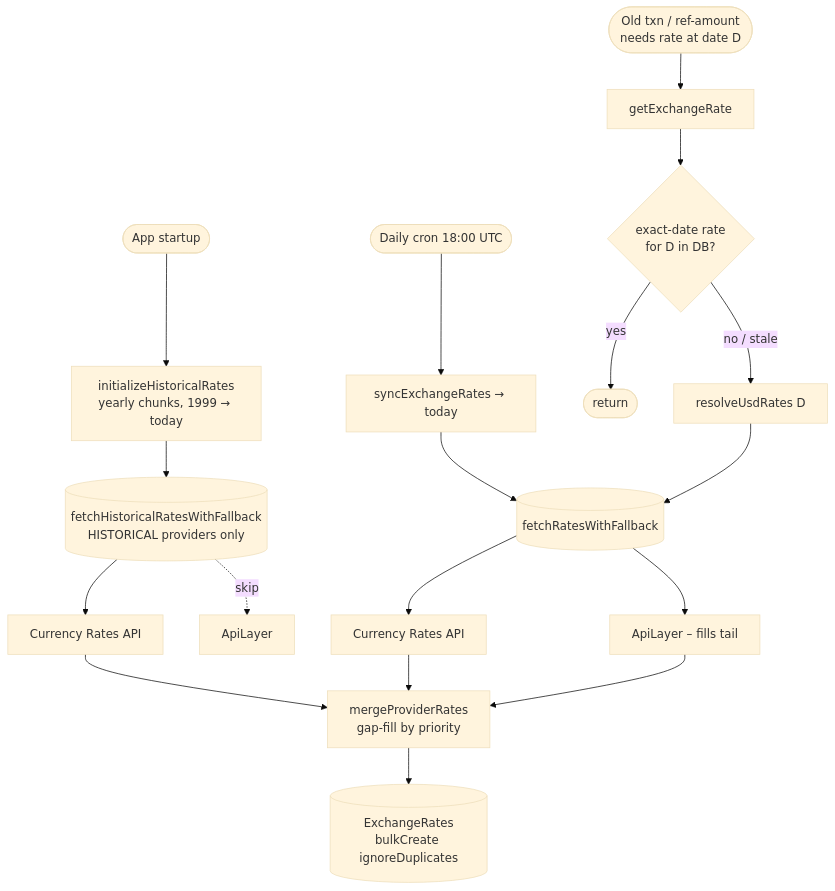
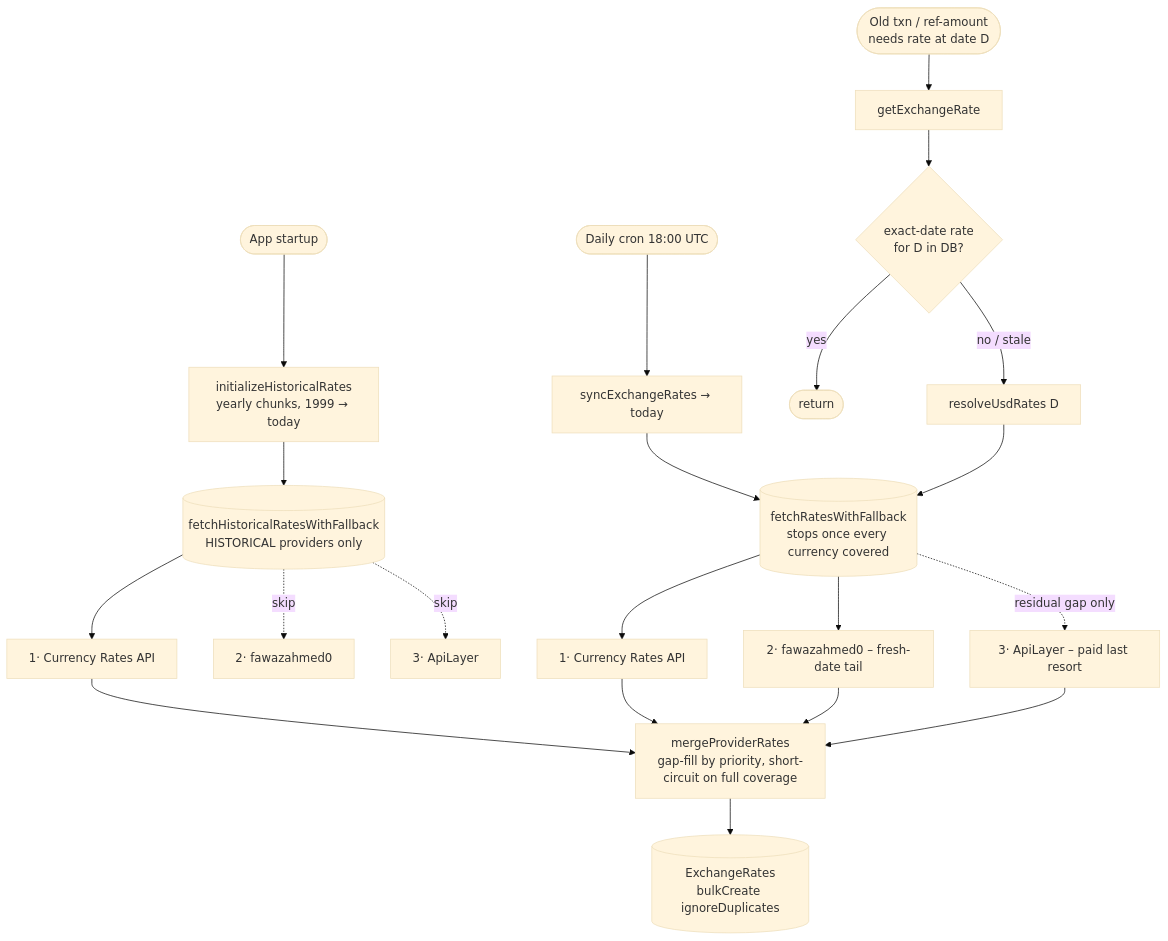
The diagram in packages/backend/docs/exchange-rates.md (letehaha/budget-tracker), drawn with Mermaid (base theme) before and after one commit. The commit also changed other lines of this file and 16 other files, not shown here.

````diff
--- a/packages/backend/docs/exchange-rates.md
+++ b/packages/backend/docs/exchange-rates.md
@@ -22,28 +23,30 @@
 ```mermaid
 flowchart TD
     Start([App startup])
     Cron([Daily cron 18:00 UTC])
     Txn([Old txn / ref-amount<br/>needs rate at date D])
 
     Start --> Hist[initializeHistoricalRates<br/>yearly chunks, 1999 → today]
     Cron --> Sync[syncExchangeRates → today]
     Txn --> GetRate[getExchangeRate]
 
     GetRate --> Lookup{exact-date rate<br/>for D in DB?}
     Lookup -- yes --> Done([return])
     Lookup -- no / stale --> Fetch[resolveUsdRates D]
 
     Hist --> HistReg[(fetchHistoricalRatesWithFallback<br/>HISTORICAL providers only)]
-    Sync --> DayReg[(fetchRatesWithFallback)]
+    Sync --> DayReg[(fetchRatesWithFallback<br/>stops once every currency covered)]
     Fetch --> DayReg
 
-    HistReg --> P1H[Currency Rates API]
-    HistReg -.skip.-> P2H[ApiLayer]
+    HistReg --> P1H[1· Currency Rates API]
+    HistReg -.skip.-> P2H[2· fawazahmed0]
+    HistReg -.skip.-> P3H[3· ApiLayer]
 
-    DayReg --> P1[Currency Rates API]
-    DayReg --> P2[ApiLayer – fills tail]
+    DayReg --> P1[1· Currency Rates API]
+    DayReg --> P2[2· fawazahmed0 – fresh-date tail]
+    DayReg -.residual gap only.-> P3[3· ApiLayer – paid last resort]
 
-    P1 & P2 --> Merge[mergeProviderRates<br/>gap-fill by priority]
+    P1 & P2 & P3 --> Merge[mergeProviderRates<br/>gap-fill by priority, short-circuit on full coverage]
     P1H --> Merge
     Merge --> DB[(ExchangeRates<br/>bulkCreate ignoreDuplicates)]
 ```
````
